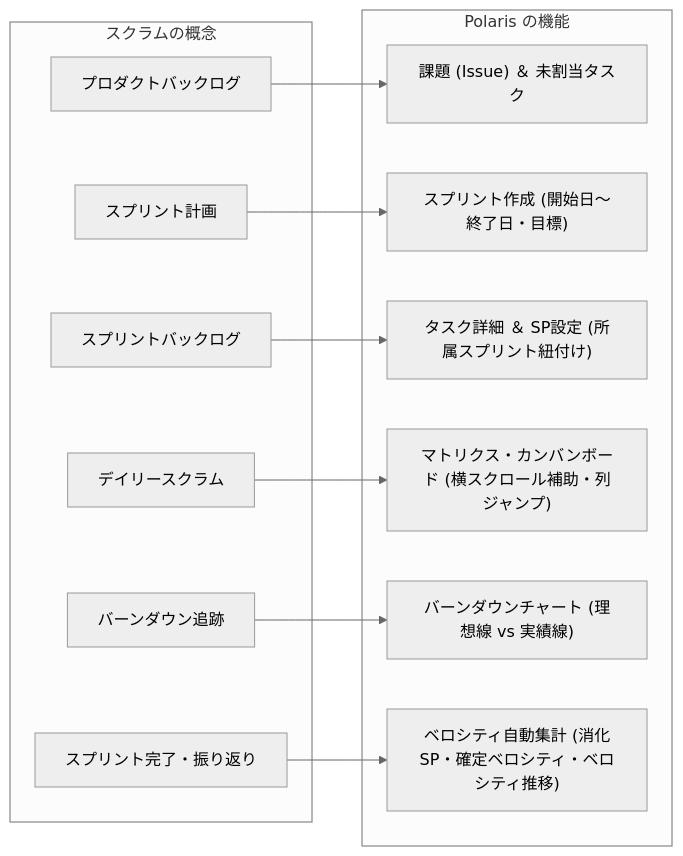
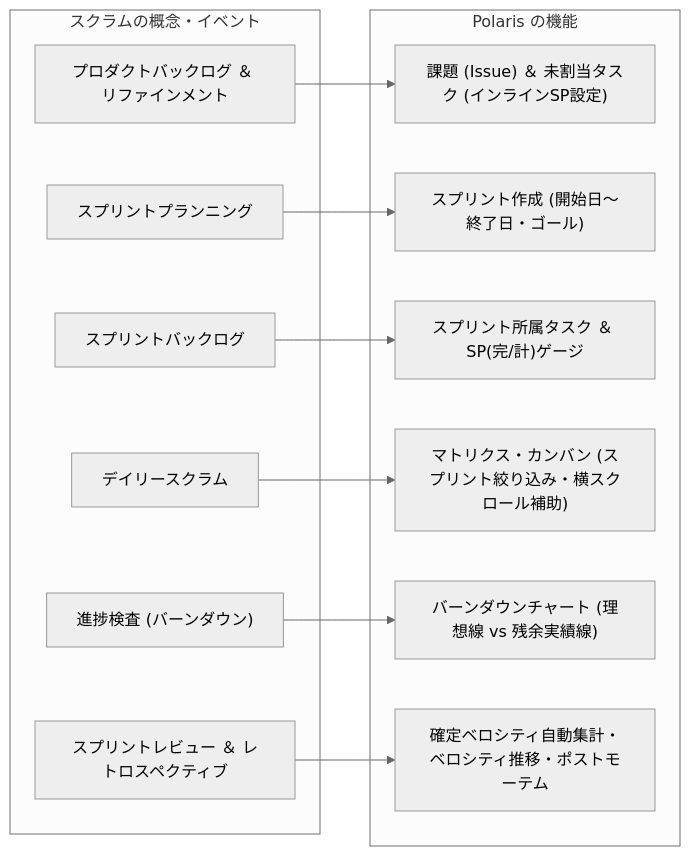
One commit to takayoshi-u/polaris changed the first of 2 diagrams in docs/scrum_starter_guide.md. Above: the diagram before and after it, drawn with Mermaid (neutral theme). The commit also changed other lines of this file, not shown here.

Commit message:
docs: スクラムスタートガイドの体系化（3つの役割・リファインメント・プランニングポーカー・レビュー/レトロ分離・毎日Done原則）

````diff
--- a/docs/scrum_starter_guide.md
+++ b/docs/scrum_starter_guide.md
@@ -22,27 +39,27 @@
 ```mermaid
 flowchart LR
-    subgraph Scrum["スクラムの概念"]
-        PB["プロダクトバックログ"]
-        SP["スプリント計画"]
+    subgraph Scrum["スクラムの概念・イベント"]
+        PB["プロダクトバックログ ＆ リファインメント"]
+        SP["スプリントプランニング"]
         SB["スプリントバックログ"]
         DS["デイリースクラム"]
-        BD["バーンダウン追跡"]
-        SR["スプリント完了・振り返り"]
+        BD["進捗検査 (バーンダウン)"]
+        SR["スプリントレビュー ＆ レトロスペクティブ"]
     end
 
     subgraph Polaris["Polaris の機能"]
-        ISSUE["課題 (Issue) ＆ 未割当タスク"]
-        SPRINT_MODAL["スプリント作成 (開始日〜終了日・目標)"]
-        TASK_ASSIGN["タスク詳細 ＆ SP設定 (所属スプリント紐付け)"]
-        KANBAN["マトリクス・カンバンボード (横スクロール補助・列ジャンプ)"]
-        BURNDOWN["バーンダウンチャート (理想線 vs 実績線)"]
-        VELOCITY["ベロシティ自動集計 (消化SP・確定ベロシティ・ベロシティ推移)"]
+        ISSUE["課題 (Issue) ＆ 未割当タスク (インラインSP設定)"]
+        SPRINT_MODAL["スプリント作成 (開始日〜終了日・ゴール)"]
+        TASK_ASSIGN["スプリント所属タスク ＆ SP(完/計)ゲージ"]
+        KANBAN["マトリクス・カンバン (スプリント絞り込み・横スクロール補助)"]
+        BURNDOWN["バーンダウンチャート (理想線 vs 残余実績線)"]
+        VELOCITY["確定ベロシティ自動集計・ベロシティ推移・ポストモーテム"]
     end
 
     PB --> ISSUE
     SP --> SPRINT_MODAL
     SB --> TASK_ASSIGN
     DS --> KANBAN
     BD --> BURNDOWN
     SR --> VELOCITY
 ```
````
